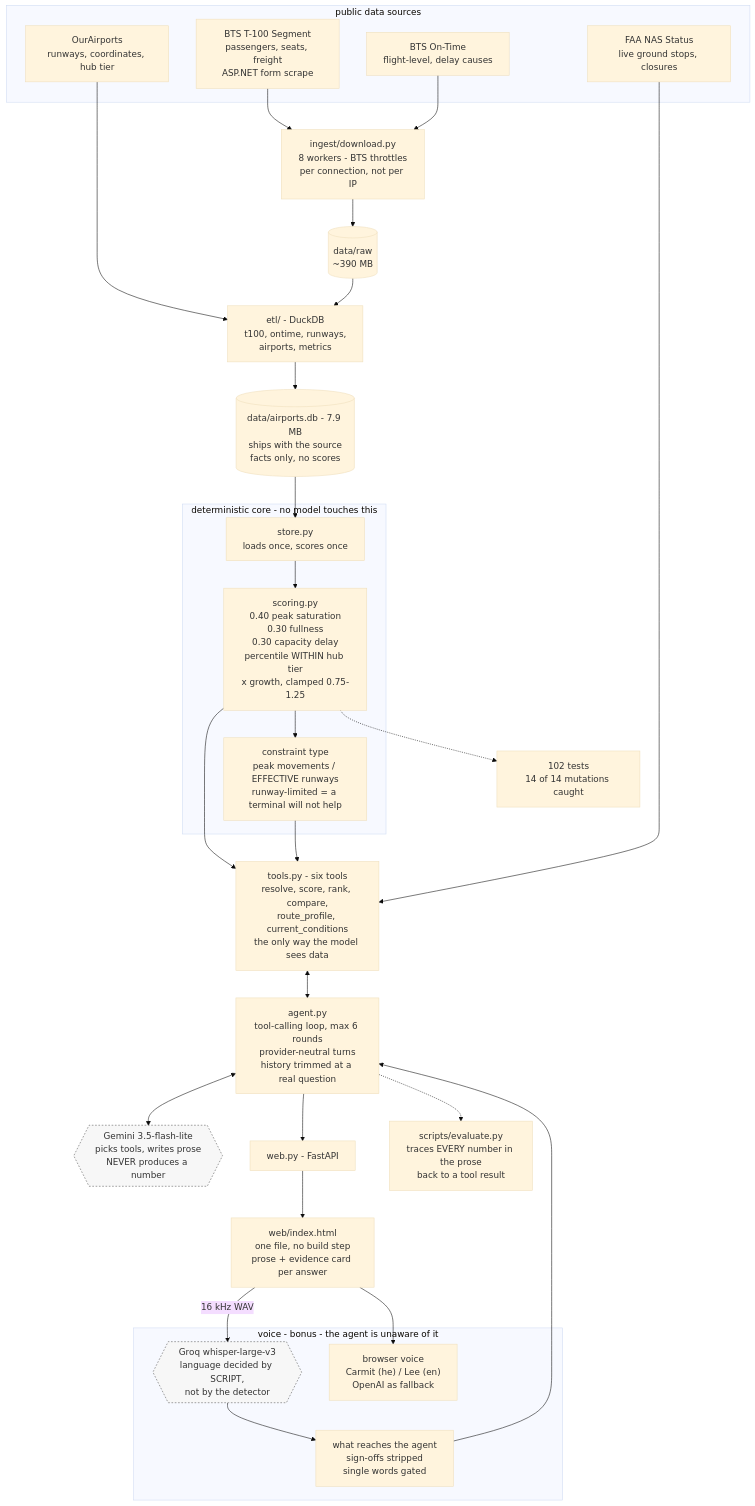
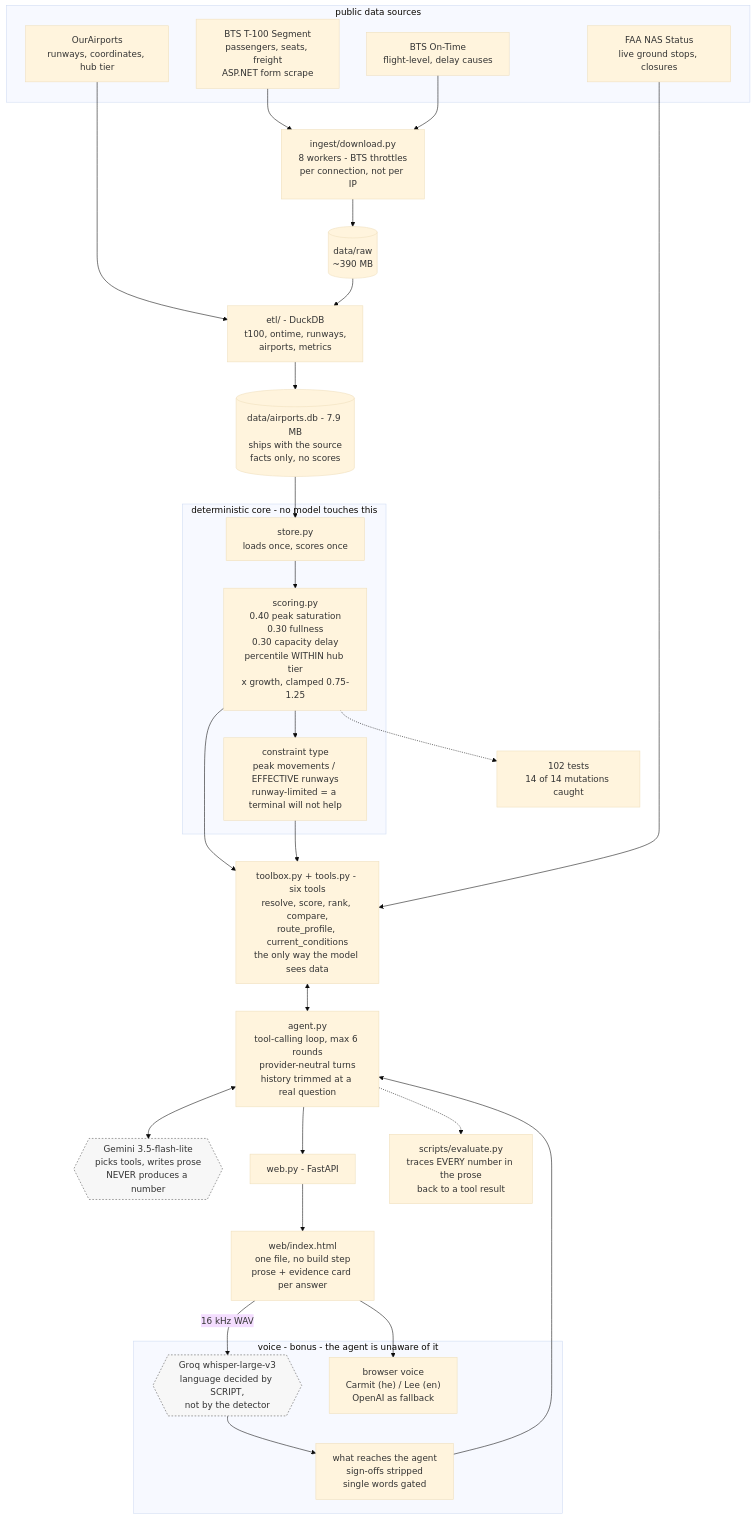
One commit to DoriAlagem/airport-investment-agent changed the diagram in docs/architecture.md. Above: the diagram before and after it, drawn with Mermaid (base theme). The commit also changed 8 other files, not shown here.

````diff
--- a/docs/architecture.md
+++ b/docs/architecture.md
@@ -3,68 +3,68 @@
 ```mermaid
 flowchart TB
 
   subgraph SRC[" public data sources "]
     T100["BTS T-100 Segment<br/>passengers, seats, freight<br/>ASP.NET form scrape"]
     ONTIME["BTS On-Time<br/>flight-level, delay causes"]
     OURAIR["OurAirports<br/>runways, coordinates, hub tier"]
     FAA["FAA NAS Status<br/>live ground stops, closures"]
   end
 
   DL["ingest/download.py<br/>8 workers - BTS throttles<br/>per connection, not per IP"]
   RAW[("data/raw<br/>~390 MB")]
   ETL["etl/ - DuckDB<br/>t100, ontime, runways,<br/>airports, metrics"]
   DB[("data/airports.db - 7.9 MB<br/>ships with the source<br/>facts only, no scores")]
 
   T100 --> DL
   ONTIME --> DL
   OURAIR --> ETL
   DL --> RAW
   RAW --> ETL
   ETL --> DB
 
   subgraph CORE[" deterministic core - no model touches this "]
     STORE["store.py<br/>loads once, scores once"]
     SCORE["scoring.py<br/>0.40 peak saturation<br/>0.30 fullness<br/>0.30 capacity delay<br/>percentile WITHIN hub tier<br/>x growth, clamped 0.75-1.25"]
     CONSTRAINT["constraint type<br/>peak movements / EFFECTIVE runways<br/>runway-limited = a terminal will not help"]
   end
 
   DB --> STORE
   STORE --> SCORE
   SCORE --> CONSTRAINT
 
-  TOOLS["tools.py - six tools<br/>resolve, score, rank, compare,<br/>route_profile, current_conditions<br/>the only way the model sees data"]
+  TOOLS["toolbox.py + tools.py - six tools<br/>resolve, score, rank, compare,<br/>route_profile, current_conditions<br/>the only way the model sees data"]
   AGENT["agent.py<br/>tool-calling loop, max 6 rounds<br/>provider-neutral turns<br/>history trimmed at a real question"]
   GEMINI{{"Gemini 3.5-flash-lite<br/>picks tools, writes prose<br/>NEVER produces a number"}}
 
   SCORE --> TOOLS
   CONSTRAINT --> TOOLS
   FAA --> TOOLS
   TOOLS <--> AGENT
   AGENT <--> GEMINI
 
   WEB["web.py - FastAPI"]
   UI["web/index.html<br/>one file, no build step<br/>prose + evidence card per answer"]
 
   AGENT --> WEB
   WEB --> UI
 
   subgraph VOICE[" voice - bonus - the agent is unaware of it "]
     WHISPER{{"Groq whisper-large-v3<br/>language decided by SCRIPT,<br/>not by the detector"}}
     GATE["what reaches the agent<br/>sign-offs stripped<br/>single words gated"]
     SPEAK["browser voice<br/>Carmit (he) / Lee (en)<br/>OpenAI as fallback"]
   end
 
   UI -- "16 kHz WAV" --> WHISPER
   WHISPER --> GATE
   GATE --> AGENT
   UI --> SPEAK
 
   EVAL["scripts/evaluate.py<br/>traces EVERY number in the prose<br/>back to a tool result"]
   TESTS["102 tests<br/>14 of 14 mutations caught"]
 
   AGENT -.-> EVAL
   SCORE -.-> TESTS
 
   classDef model fill:#f7f7f7,stroke:#555,stroke-dasharray:3 3
   class GEMINI,WHISPER model
 ```
````
